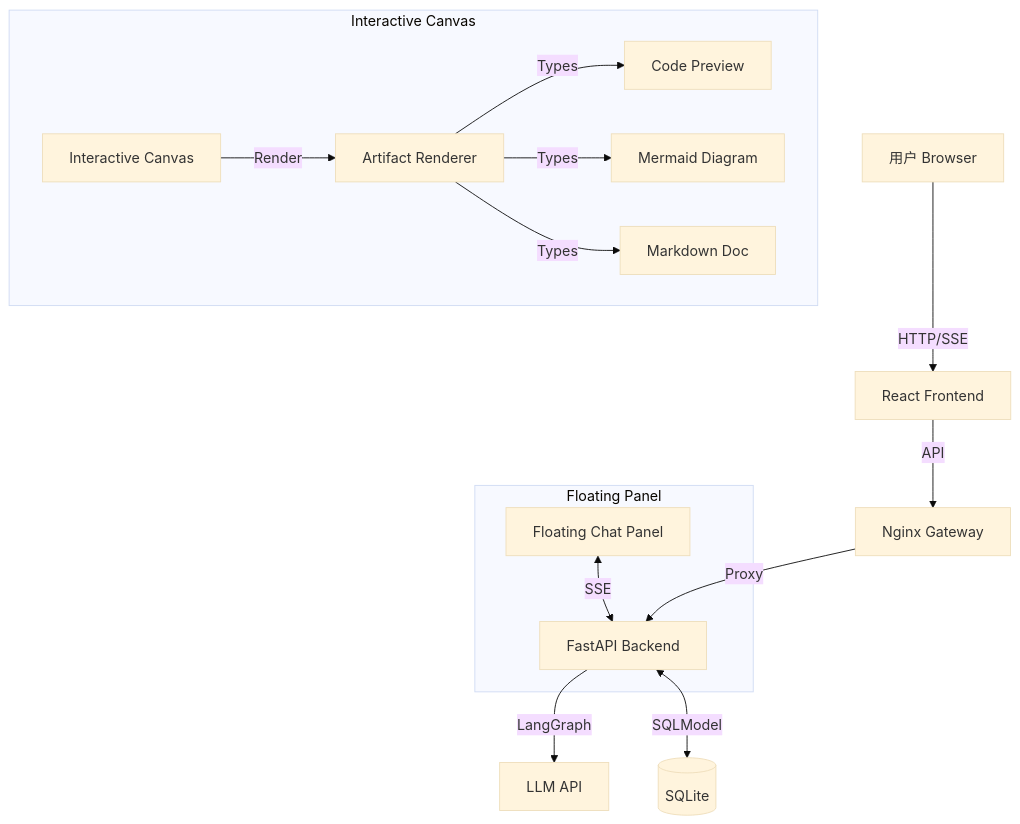
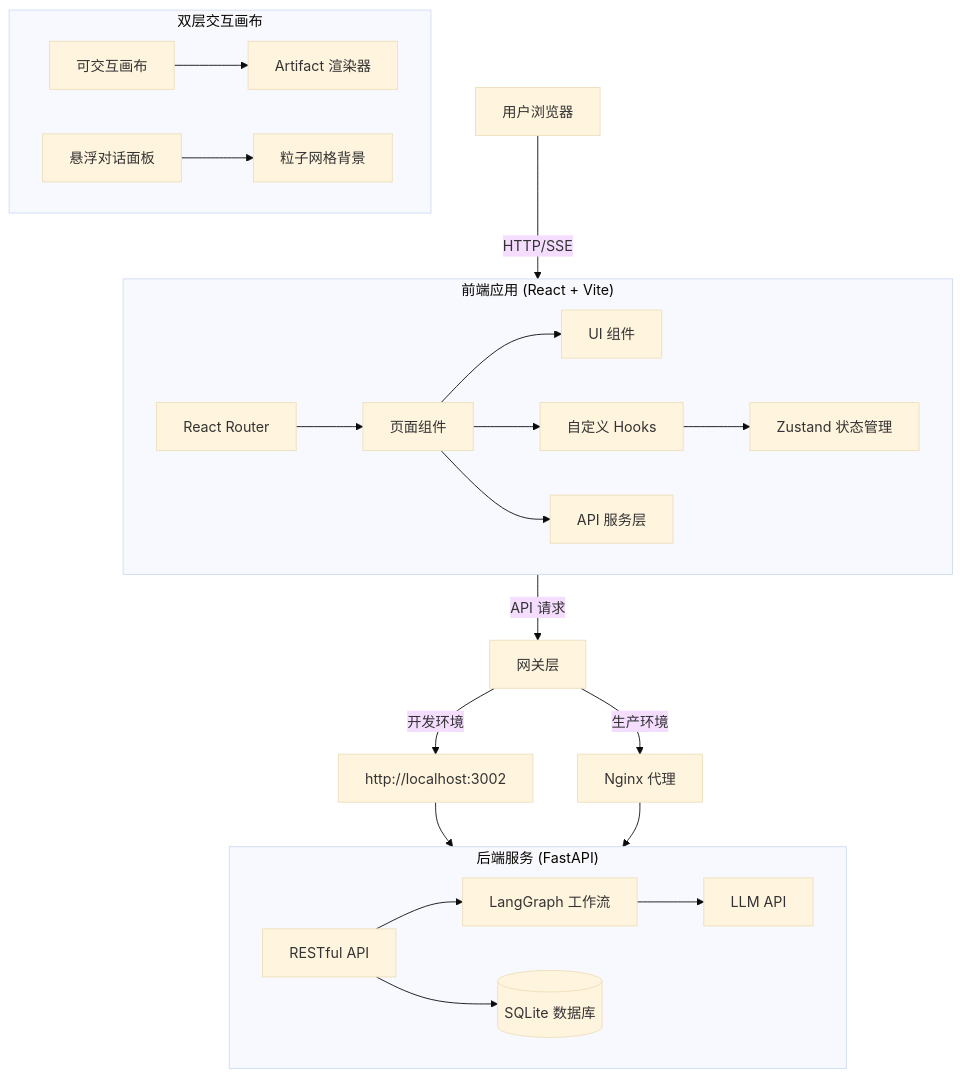
One commit to alex1987chn/xpouch-ai changed the diagram in README.md. Above: the diagram before and after it, drawn with Mermaid (base theme). The commit also changed other lines of this file and 5 other files, not shown here.

````diff
--- a/README.md
+++ b/README.md
@@ -93,20 +110,47 @@
 ```mermaid
 graph TD
-    User[用户 Browser] -->|HTTP/SSE| Frontend[React Frontend]
-    
-    subgraph Interactive Canvas
-        Canvas[Interactive Canvas] -->|Render| Artifacts[Artifact Renderer]
-        Artifacts -->|Types| Code[Code Preview]
-        Artifacts -->|Types| Mermaid[Mermaid Diagram]
-        Artifacts -->|Types| Markdown[Markdown Doc]
+    User[用户浏览器] -->|HTTP/SSE| Frontend[React 前端]
+
+    subgraph Frontend["前端应用 (React + Vite)"]
+        Router[React Router]
+        Pages[页面组件]
+        Components[UI 组件]
+        Store[Zustand 状态管理]
+        Hooks[自定义 Hooks]
+        Services[API 服务层]
+
+        Router --> Pages
+        Pages --> Components
+        Pages --> Hooks
+        Hooks --> Store
+        Pages --> Services
     end
-    
-    subgraph Floating Panel
-        ChatPanel[Floating Chat Panel] <-->|SSE| Backend
+
+    subgraph InteractiveCanvas["双层交互画布"]
+        Canvas[可交互画布]
+        Panel[悬浮对话面板]
+        Renderer[Artifact 渲染器]
+        Particle[粒子网格背景]
+
+        Canvas --> Renderer
+        Panel --> Particle
     end
-    
-    Frontend -->|API| Nginx[Nginx Gateway]
-    Nginx -->|Proxy| Backend[FastAPI Backend]
-    Backend -->|LangGraph| LLM[LLM API]
-    Backend <-->|SQLModel| DB[(SQLite)]
+
+    Frontend -->|API 请求| Gateway[网关层]
+    Gateway -->|开发环境| BackendDev[http://localhost:3002]
+    Gateway -->|生产环境| BackendProd[Nginx 代理]
+
+    subgraph Backend["后端服务 (FastAPI)"]
+        API[RESTful API]
+        Graph[LangGraph 工作流]
+        DB[(SQLite 数据库)]
+        LLM[LLM API]
+
+        API --> Graph
+        API --> DB
+        Graph --> LLM
+    end
+
+    BackendDev --> Backend
+    BackendProd --> Backend
 ```
````
